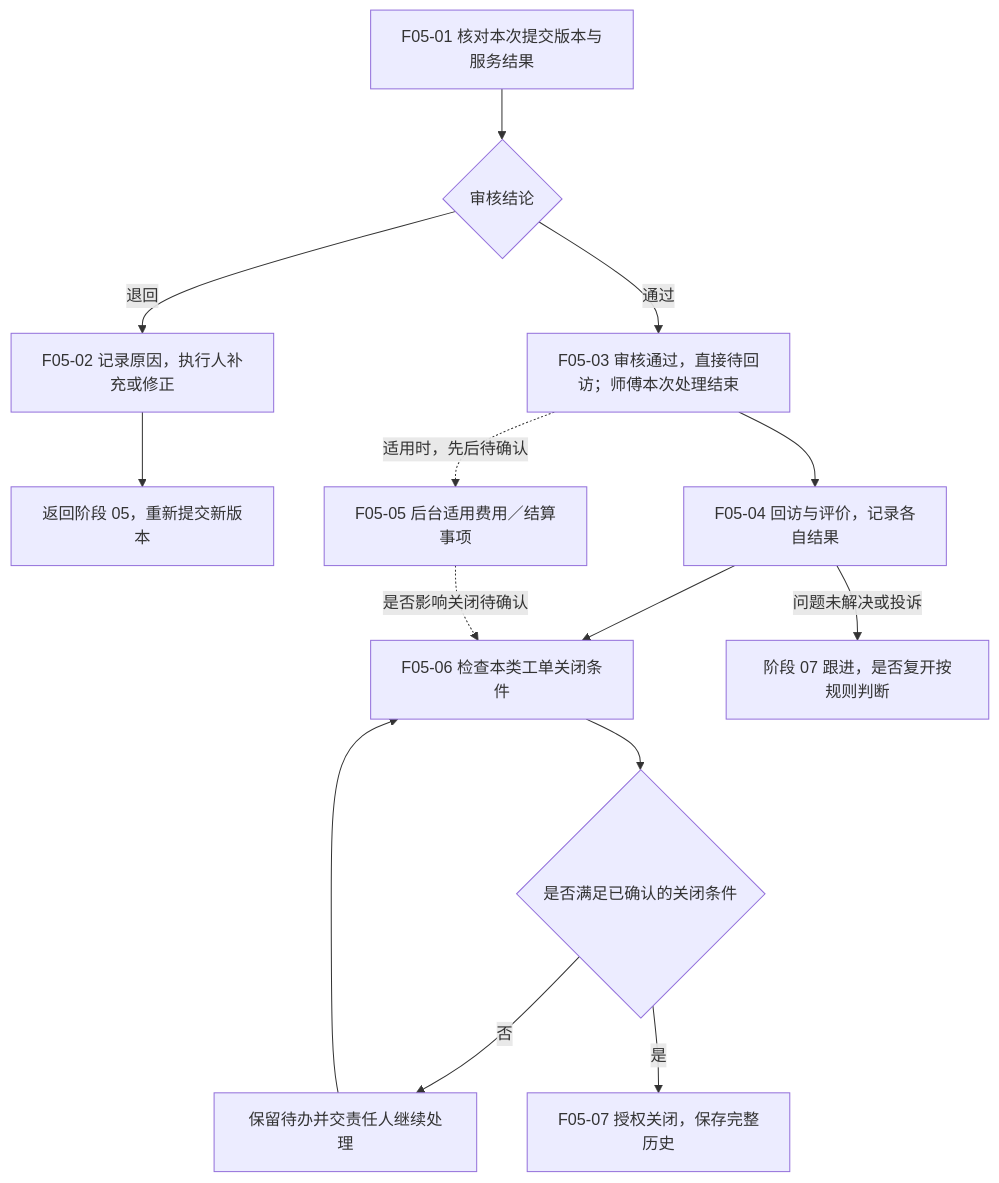
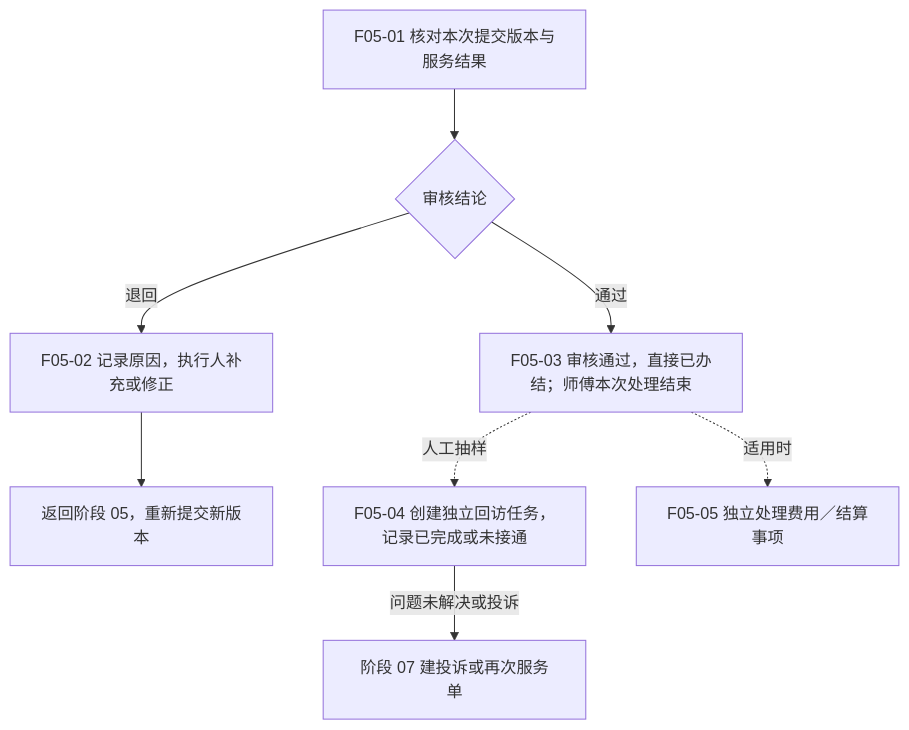
One commit to zhiyuan23/toto-after-sales-docs changed the diagram in 05-业务流程/06-完工审核与回访关闭.md. Above: the diagram before and after it, drawn with Mermaid. The commit also changed other lines of this file and 14 other files, not shown here.

````diff
--- a/05-业务流程/06-完工审核与回访关闭.md
+++ b/05-业务流程/06-完工审核与回访关闭.md
@@ -18,16 +18,10 @@
 ```mermaid
 flowchart TD
     F05_01[F05-01 核对本次提交版本与服务结果] --> A{审核结论}
     A -->|退回| F05_02[F05-02 记录原因，执行人补充或修正]
     F05_02 --> RETURN[返回阶段 05，重新提交新版本]
-    A -->|通过| F05_03[F05-03 审核通过，直接待回访；师傅本次处理结束]
-    F05_03 --> F05_04[F05-04 回访与评价，记录各自结果]
-    F05_03 -. 适用时，先后待确认 .-> F05_05[F05-05 后台适用费用／结算事项]
-    F05_04 --> F05_06[F05-06 检查本类工单关闭条件]
-    F05_05 -. 是否影响关闭待确认 .-> F05_06
-    F05_06 --> B{是否满足已确认的关闭条件}
-    B -->|否| HOLD[保留待办并交责任人继续处理]
-    HOLD --> F05_06
-    B -->|是| F05_07[F05-07 授权关闭，保存完整历史]
-    F05_04 -->|问题未解决或投诉| EX[阶段 07 跟进，是否复开按规则判断]
+    A -->|通过| F05_03[F05-03 审核通过，直接已办结；师傅本次处理结束]
+    F05_03 -. 人工抽样 .-> F05_04[F05-04 创建独立回访任务，记录已完成或未接通]
+    F05_03 -. 适用时 .-> F05_05[F05-05 独立处理费用／结算事项]
+    F05_04 -->|问题未解决或投诉| EX[阶段 07 建投诉或再次服务单]
 ```
````
